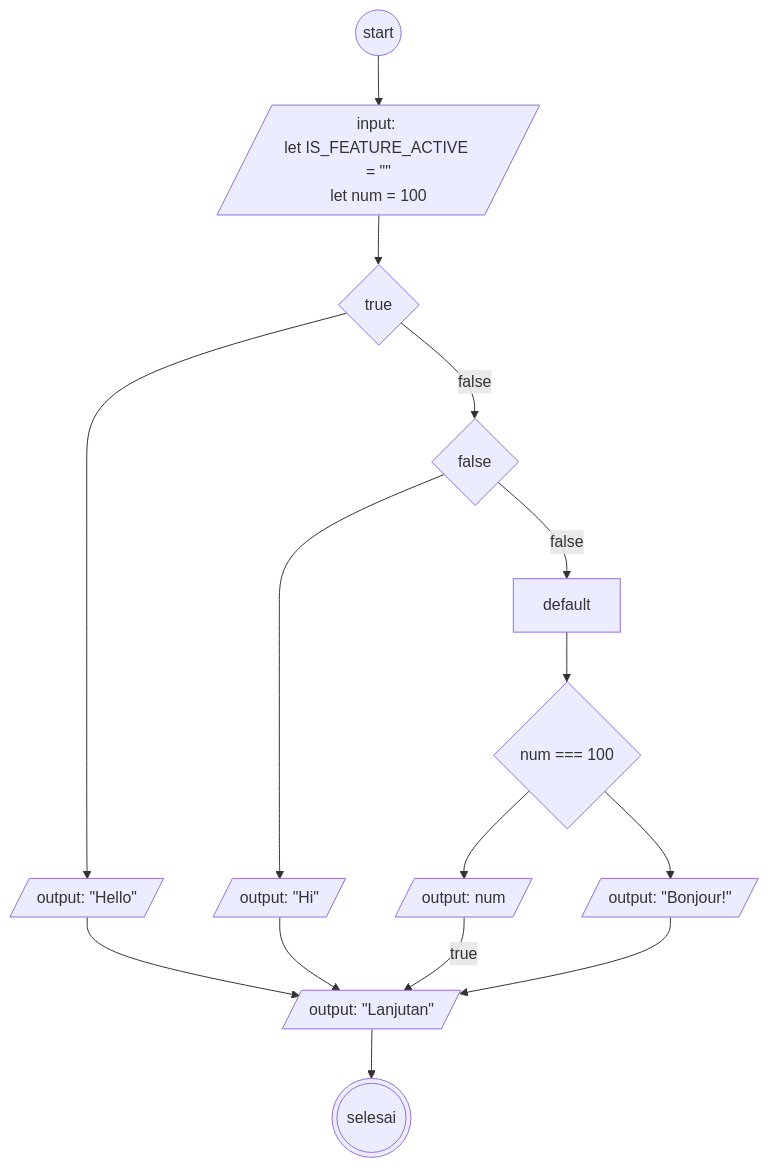
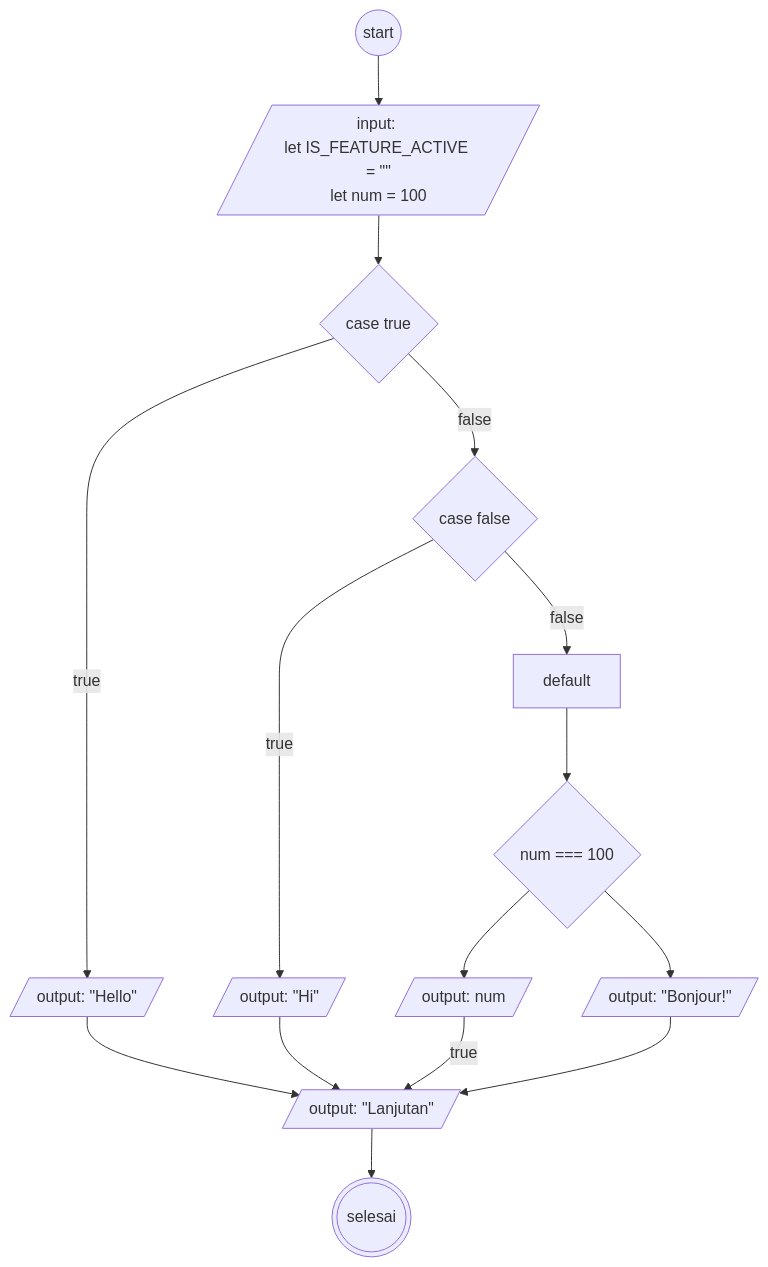
One commit to mslthn/koda-b6-javascript1 changed the diagram in flowchart-switch.md. Above: the diagram before and after it, drawn with Mermaid.

````diff
--- a/flowchart-switch.md
+++ b/flowchart-switch.md
@@ -1,34 +1,34 @@
 ```mermaid
 flowchart TD
 
 start@{shape: circ}
 init@{shape: lean-r, label: "input: 
 let IS_FEATURE_ACTIVE = #quot;#quot;
 let num = 100"}
 
-swT@{shape: diamond, label: "true"}
-swF@{shape: diamond, label: "false"}
+swT@{shape: diamond, label: "case true"}
+swF@{shape: diamond, label: "case false"}
 caseT@{shape: lean-r, label: "output: #quot;Hello#quot;"}
 caseF@{shape: lean-r, label: "output: #quot;Hi#quot;"}
 default@{}
 if@{shape: diamond, label: "num === 100"}
 ifT@{shape: lean-r, label: "output: num"}
 else@{shape: lean-r, label: "output: #quot;Bonjour!#quot;"}
 lanjutan@{shape: lean-r, label: "output: #quot;Lanjutan#quot;"}
 selesai@{shape: dbl-circ}
 
 start-->init
-init-->swT-->caseT
+init-->swT-->|true| caseT
 swT-->|false| swF
-swF-->caseF
+swF-->|true| caseF
 swF-->|false| default
 
 default-->if
 if-->ifT
 if-->else
 caseT-->lanjutan
 caseF-->lanjutan
 ifT-->|true| lanjutan
 else-->lanjutan
 lanjutan-->selesai
 ```
````
